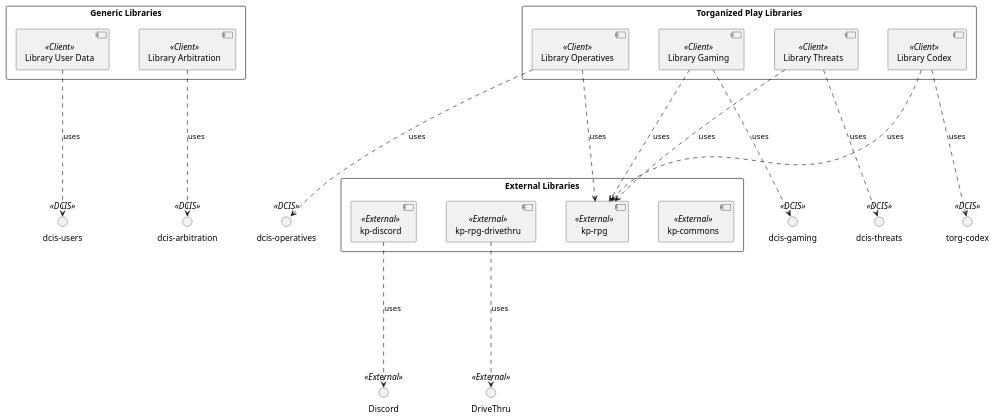
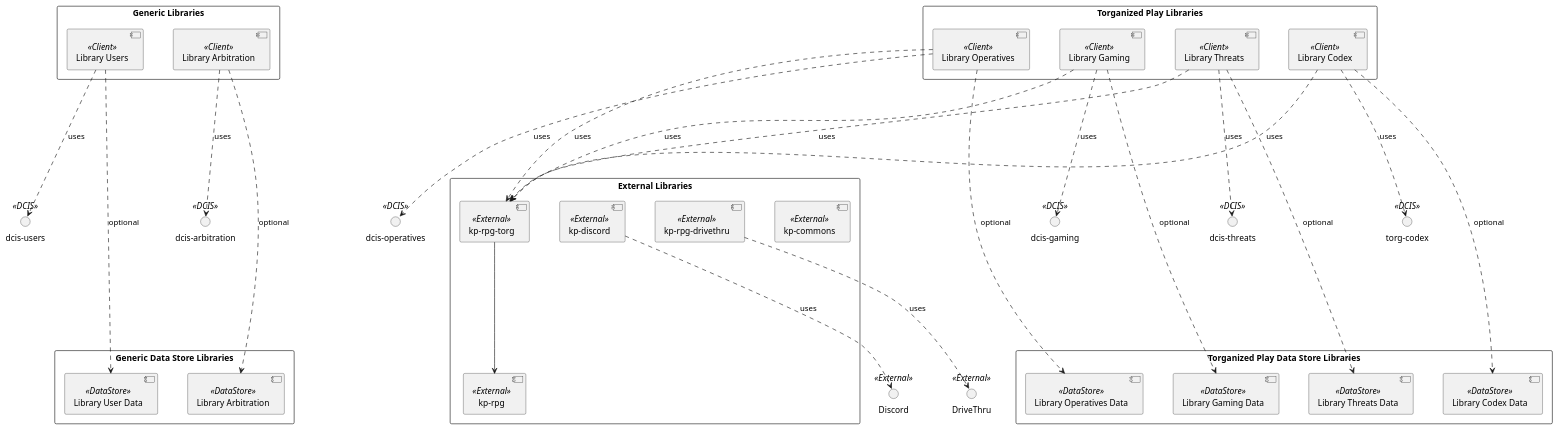
Before and after one commit to Paladins-Inn/torganized-play-architecture: the diagram in src/main/docs/architecture/modules/arc42/pages/05_building_block_view/level_1/dcis-libraries.adoc, drawn with PlantUML. The commit also changed other lines of this file and 1 other file, not shown here.

Commit message:
WIP: seperating the JPA stuff to make it accessable to the SCS as default implementation.

```diff
--- a/src/main/docs/architecture/modules/arc42/pages/05_building_block_view/level_1/dcis-libraries.adoc
+++ b/src/main/docs/architecture/modules/arc42/pages/05_building_block_view/level_1/dcis-libraries.adoc
@@ -11,57 +16,77 @@
 [plantuml,dcis-libraries-level1,svg]
 ----
 @startuml
 
 skinparam nodesep 50
 skinparam ranksep 200
 
 rectangle "Torganized Play Libraries" as torgLibraries {
   [Library Operatives] as libOperatives << Client >>
   [Library Gaming] as libGaming << Client >>
   [Library Threats] as libThreats << Client >>
   [Library Codex] as libCodex << Client >>
 }
 
+rectangle "Torganized Play Data Store Libraries" as dataLibraries {
+  [Library Operatives Data] as jpaOperatives << DataStore >>
+  [Library Gaming Data] as jpaGaming << DataStore >>
+  [Library Threats Data] as jpaThreats << DataStore >>
+  [Library Codex Data] as jpaCodex << DataStore >>
+}
+
 rectangle "Generic Libraries" as genericLibraries {
-  [Library User Data] as libUsers << Client >>
+  [Library Users] as libUsers << Client >>
   [Library Arbitration] as libArbitration << Client >>
+}
+
+rectangle "Generic Data Store Libraries" as genericDataLibraries {
+  [Library User Data] as jpaUsers << DataStore >>
+  [Library Arbitration] as jpaArbitration << DataStore >>
 }
 
 rectangle "External Libraries" as externalLibs {
   [kp-commons] as kpCommons << External >>
+  [kp-rpg-torg] as kpTorg << External >>
   [kp-rpg] as kpRPG << External >>
   [kp-discord] as kpDiscord << External >>
   [kp-rpg-drivethru] as kpDrivethru << External >>
 }
 
 
 () "dcis-users" as dcisUsers << DCIS >>
 () "dcis-operatives" as dcisOperatives << DCIS >>
 () "dcis-gaming" as dcisGaming << DCIS >>
 () "dcis-threats" as dcisThreats << DCIS >>
 () "torg-codex" as codex << DCIS >>
 () "dcis-arbitration" as dcisArbitration << DCIS >>
 () "Discord" as discord << External >>
 () "DriveThru" as drivethru << External >>
 
 libUsers ..> dcisUsers : uses
+libUsers -.-> jpaUsers : optional
 
-libOperatives ..> kpRPG : uses
+libOperatives ..> kpTorg : uses
 libOperatives ..> dcisOperatives : uses
+libOperatives -.-> jpaOperatives : optional
 
+libGaming ..> kpTorg : uses
 libGaming ..> dcisGaming : uses
-libGaming ..> kpRPG : uses
+libGaming -.-> jpaGaming : optional
 
+libThreats ..> kpTorg : uses
 libThreats ..> dcisThreats : uses
-libThreats ..> kpRPG : uses
+libThreats -.-> jpaThreats : optional
 
-libCodex ..> kpRPG : uses
 libCodex ..> codex : uses
+libCodex ..> kpTorg : uses
+libCodex -.-> jpaCodex : optional
 
 libArbitration ..> dcisArbitration : uses
+libArbitration -.-> jpaArbitration : optional
 
+kpTorg --> kpRPG
 kpDiscord ..> discord : uses
 kpDrivethru ..> drivethru : uses
 @enduml
 
 ----
```
